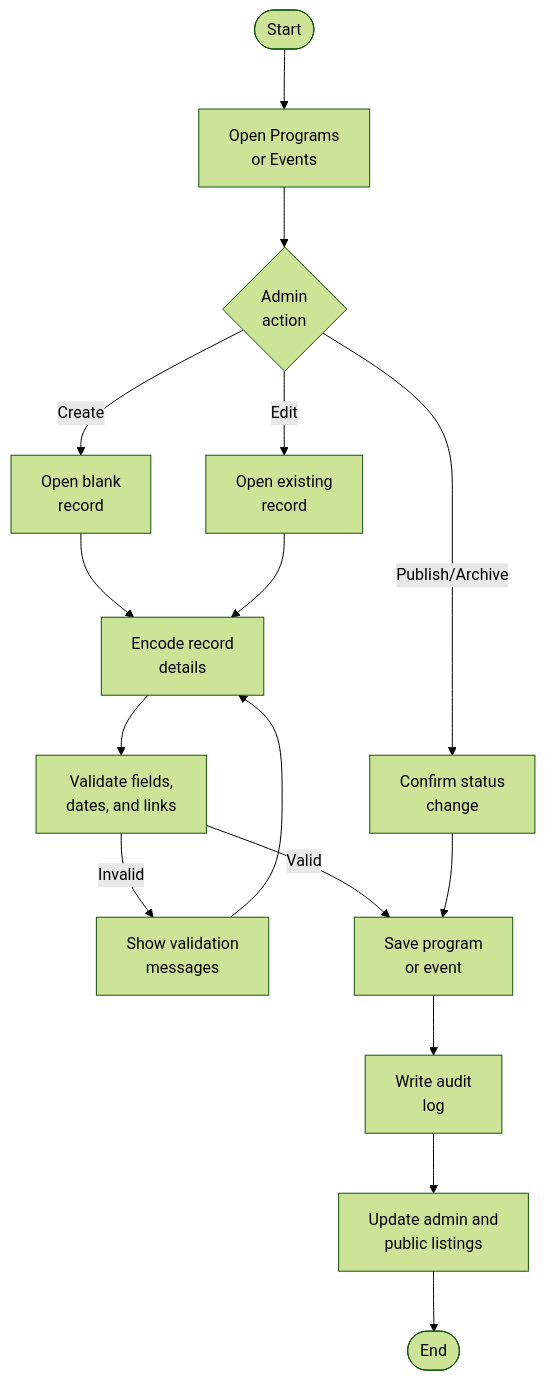
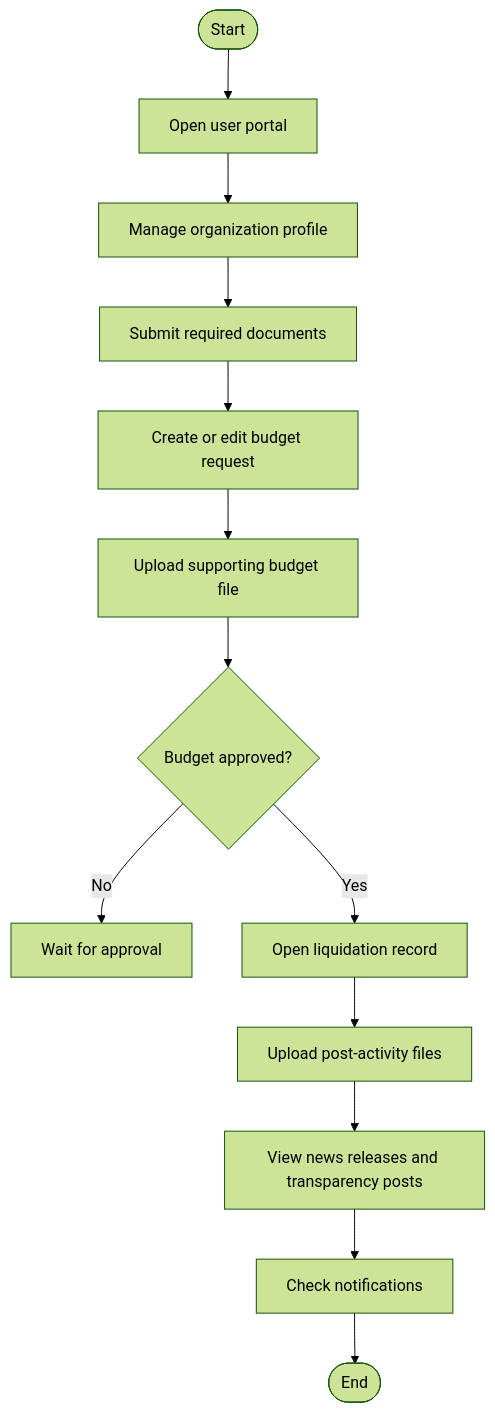
One commit to txiaoqt/lydo-connect-org-focused changed the second of 3 diagrams in Methodology/3.2.1-Activity-Diagram.md. Above: the diagram before and after it, drawn with Mermaid (forest theme). The commit also changed other lines of this file and 22 other files, not shown here.

````diff
--- a/Methodology/3.2.1-Activity-Diagram.md
+++ b/Methodology/3.2.1-Activity-Diagram.md
@@ -41,19 +26,15 @@
 ```mermaid
-%%{init: {"flowchart": {"htmlLabels": true, "nodeSpacing": 55, "rankSpacing": 60}} }%%
 flowchart TD
-    A([Start]) --> B["Open Programs<br/>or Events"]
-    B --> C{"Admin<br/>action"}
-    C -- Create --> D["Open blank<br/>record"]
-    C -- Edit --> E["Open existing<br/>record"]
-    C -- Publish/Archive --> F["Confirm status<br/>change"]
-    D --> G["Encode record<br/>details"]
-    E --> G
-    G --> H["Validate fields,<br/>dates, and links"]
-    H -- Invalid --> I["Show validation<br/>messages"]
-    I --> G
-    H -- Valid --> J["Save program<br/>or event"]
-    F --> J
-    J --> K["Write audit<br/>log"]
-    K --> L["Update admin and<br/>public listings"]
+    A([Start]) --> B["Open user portal"]
+    B --> C["Manage organization profile"]
+    C --> D["Submit required documents"]
+    D --> E["Create or edit budget request"]
+    E --> F["Upload supporting budget file"]
+    F --> G{"Budget approved?"}
+    G -- No --> H["Wait for approval"]
+    G -- Yes --> I["Open liquidation record"]
+    I --> J["Upload post-activity files"]
+    J --> K["View news releases and transparency posts"]
+    K --> L["Check notifications"]
     L --> M([End])
 ```
````
